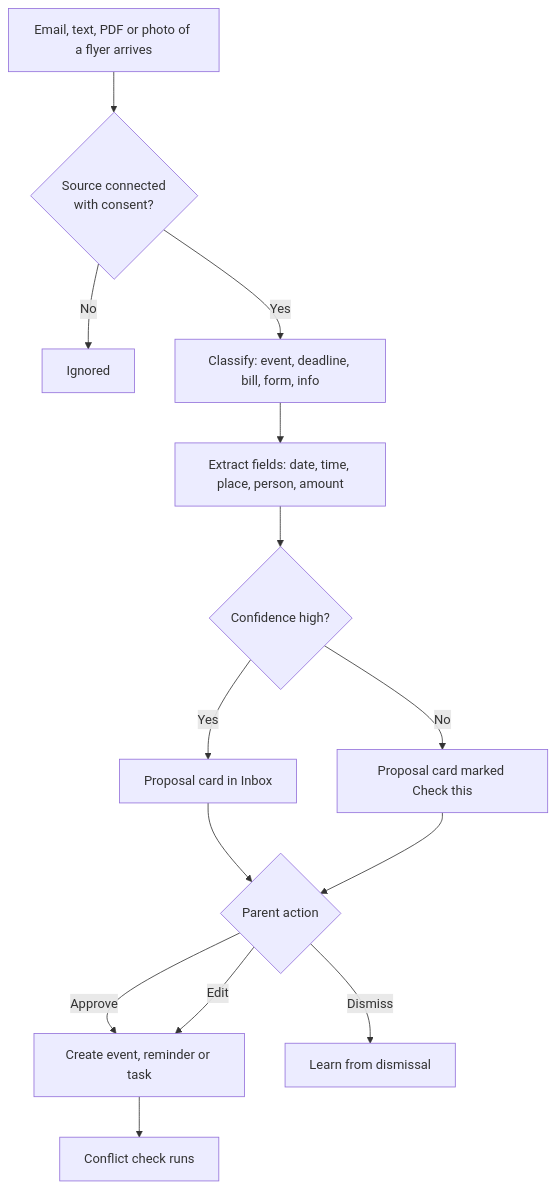
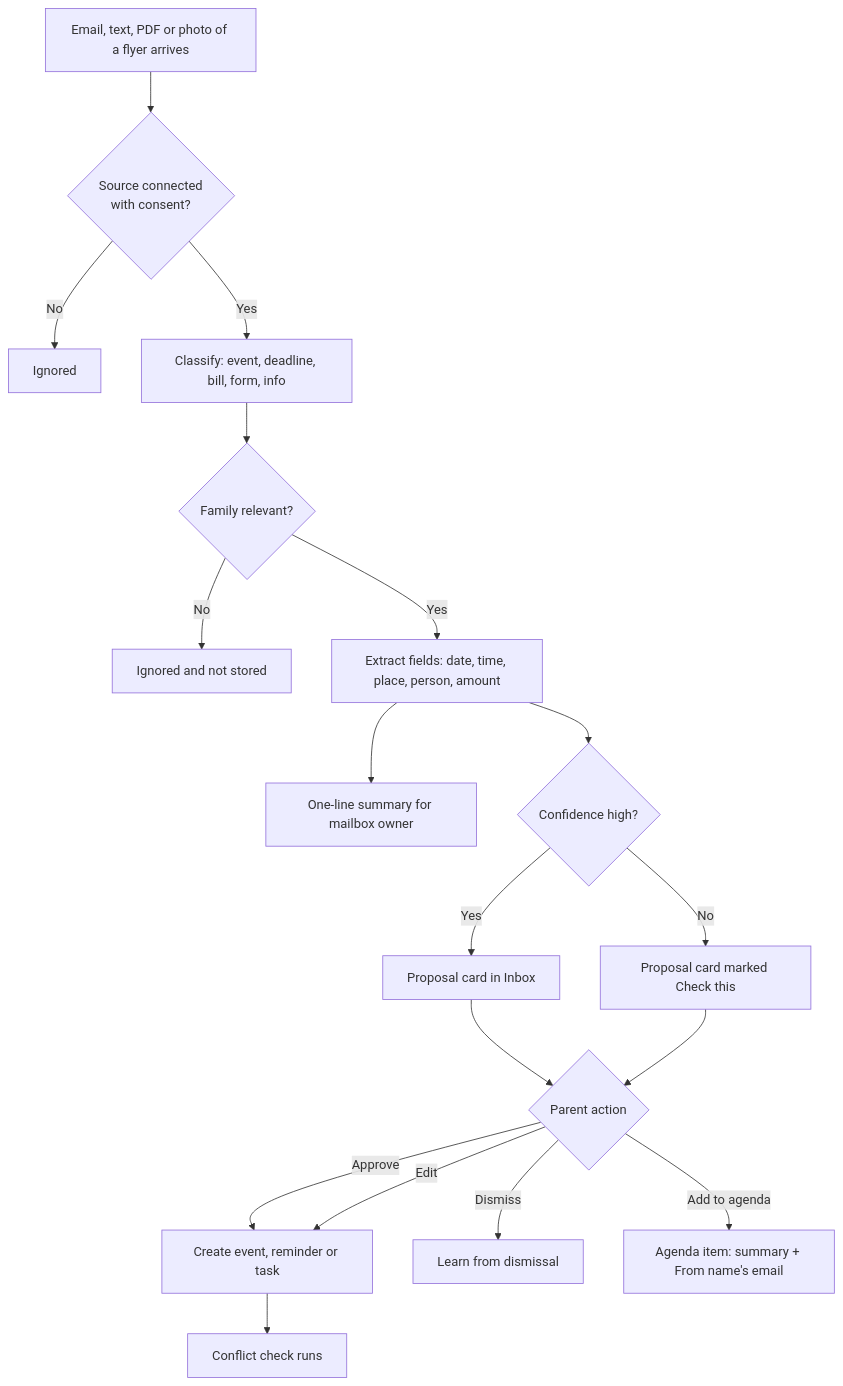
Before and after one commit to PatriaOS/Patria: diagram 14 of 21 in docs/FEATURES.md, drawn with Mermaid. The commit also changed other lines of this file and 16 other files, not shown here.

````diff
--- a/docs/FEATURES.md
+++ b/docs/FEATURES.md
@@ -1400,15 +1415,19 @@
 ```mermaid
 flowchart TD
   A[Email, text, PDF or photo of a flyer arrives] --> B{Source connected<br/>with consent?}
   B -- No --> Z[Ignored]
   B -- Yes --> C[Classify: event, deadline, bill, form, info]
-  C --> D[Extract fields: date, time, place, person, amount]
-  D --> E{Confidence high?}
-  E -- Yes --> F[Proposal card in Inbox]
-  E -- No --> G[Proposal card marked Check this]
-  F & G --> H{Parent action}
-  H -- Approve --> I[Create event, reminder or task]
-  H -- Edit --> I
-  H -- Dismiss --> J[Learn from dismissal]
-  I --> K[Conflict check runs]
+  C --> D{Family relevant?}
+  D -- No --> Z2[Ignored and not stored]
+  D -- Yes --> E[Extract fields: date, time, place, person, amount]
+  E --> F[One-line summary for mailbox owner]
+  E --> G{Confidence high?}
+  G -- Yes --> H[Proposal card in Inbox]
+  G -- No --> I[Proposal card marked Check this]
+  H & I --> J{Parent action}
+  J -- Approve --> K[Create event, reminder or task]
+  J -- Edit --> K
+  J -- Dismiss --> L[Learn from dismissal]
+  J -- Add to agenda --> M[Agenda item: summary + From name's email]
+  K --> N[Conflict check runs]
 ```
````
